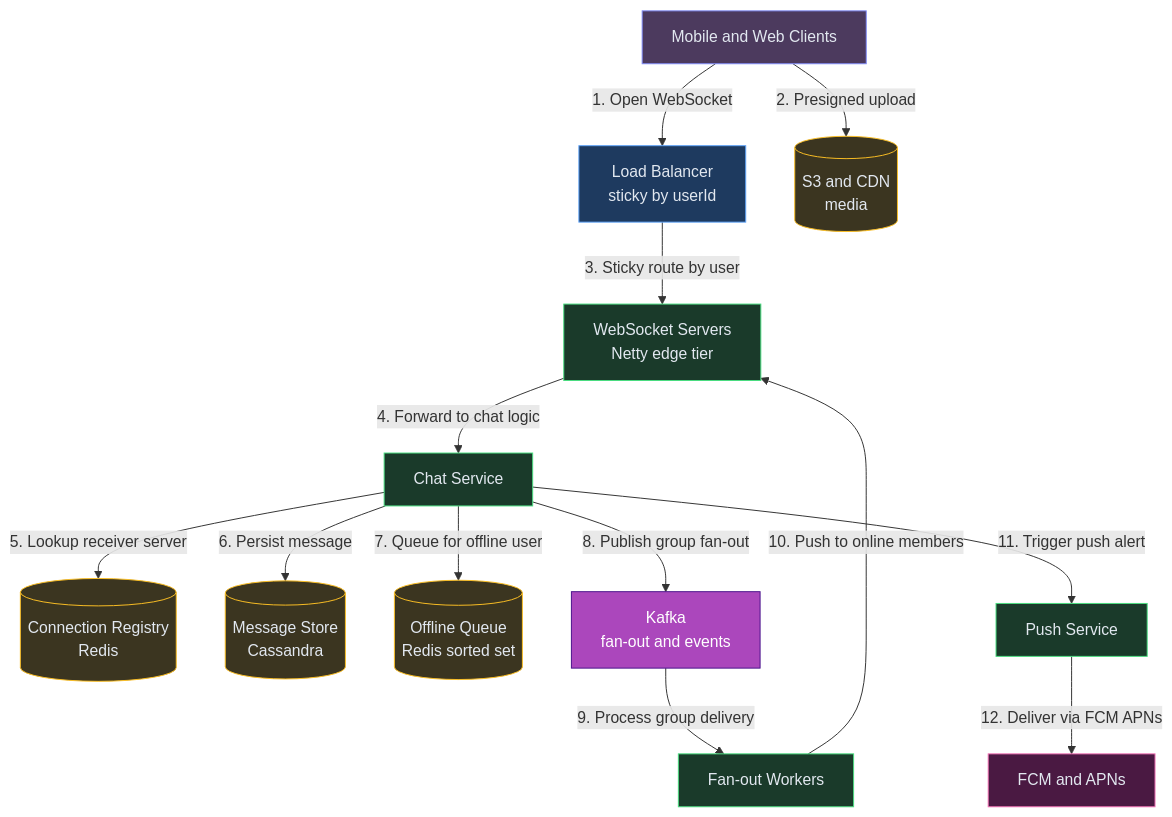
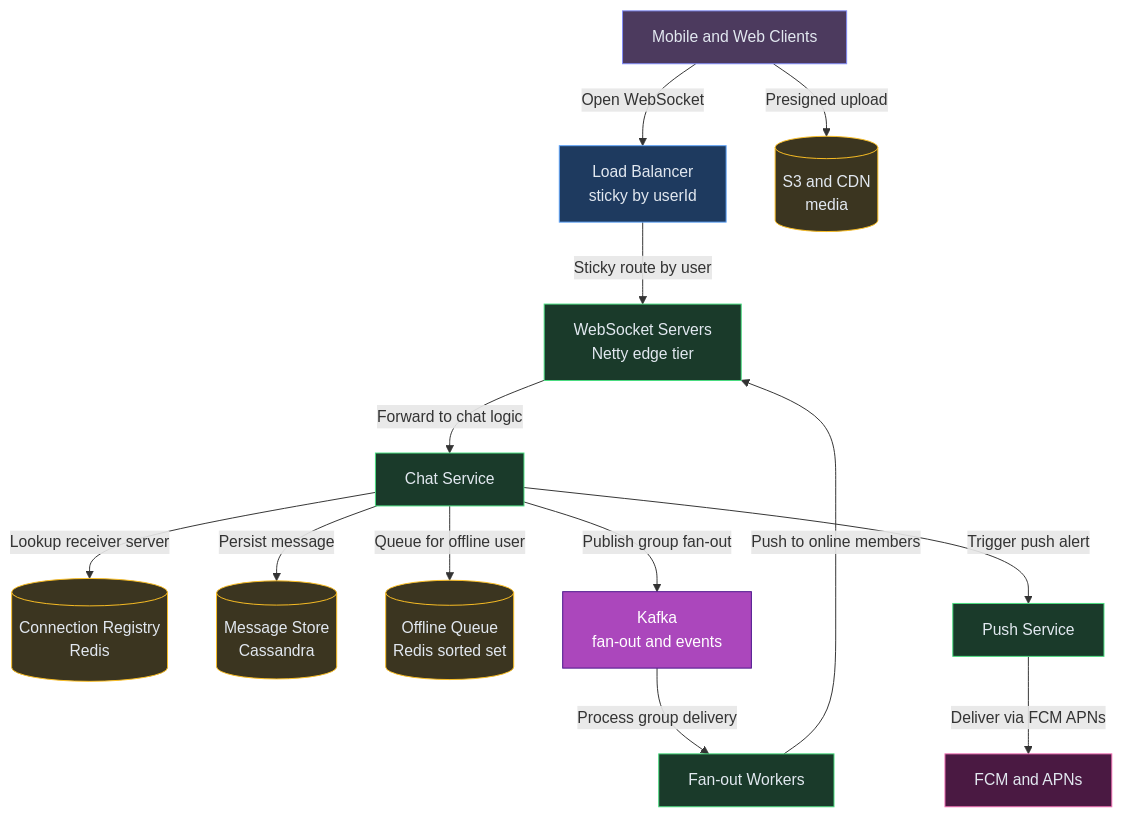
The sixth of 6 diagrams in content/hld/ChatSystem.md (iluzn/HLD-Designs), drawn with Mermaid before and after one commit. The commit also changed 26 other files, not shown here.

First line of the commit message:
fix(hld): Remove confusing number prefixes from final architecture diagrams

````diff
--- a/content/hld/ChatSystem.md
+++ b/content/hld/ChatSystem.md
@@ -498,35 +498,35 @@
 ```mermaid
 flowchart TD
     CLIENTS["Mobile and Web Clients"]:::client
     LB["Load Balancer<br/>sticky by userId"]:::edge
     WS["WebSocket Servers<br/>Netty edge tier"]:::service
     CHAT["Chat Service"]:::service
     REG[("Connection Registry<br/>Redis")]:::data
     STORE[("Message Store<br/>Cassandra")]:::data
     OFFLINE[("Offline Queue<br/>Redis sorted set")]:::data
     K["Kafka<br/>fan-out and events"]:::async
     FAN["Fan-out Workers"]:::service
     PUSH["Push Service"]:::service
     MEDIA[("S3 and CDN<br/>media")]:::data
     FCM["FCM and APNs"]:::external
 
-    CLIENTS -->|"1. Open WebSocket"| LB
-    CLIENTS -->|"2. Presigned upload"| MEDIA
-    LB -->|"3. Sticky route by user"| WS
-    WS -->|"4. Forward to chat logic"| CHAT
-    CHAT -->|"5. Lookup receiver server"| REG
-    CHAT -->|"6. Persist message"| STORE
-    CHAT -->|"7. Queue for offline user"| OFFLINE
-    CHAT -->|"8. Publish group fan-out"| K
-    K -->|"9. Process group delivery"| FAN
-    FAN -->|"10. Push to online members"| WS
-    CHAT -->|"11. Trigger push alert"| PUSH
-    PUSH -->|"12. Deliver via FCM APNs"| FCM
+    CLIENTS -->|"Open WebSocket"| LB
+    CLIENTS -->|"Presigned upload"| MEDIA
+    LB -->|"Sticky route by user"| WS
+    WS -->|"Forward to chat logic"| CHAT
+    CHAT -->|"Lookup receiver server"| REG
+    CHAT -->|"Persist message"| STORE
+    CHAT -->|"Queue for offline user"| OFFLINE
+    CHAT -->|"Publish group fan-out"| K
+    K -->|"Process group delivery"| FAN
+    FAN -->|"Push to online members"| WS
+    CHAT -->|"Trigger push alert"| PUSH
+    PUSH -->|"Deliver via FCM APNs"| FCM
 
     classDef client fill:#4c3a5e,stroke:#818cf8,color:#e2e8f0
     classDef edge fill:#1e3a5f,stroke:#60a5fa,color:#e2e8f0
     classDef service fill:#1a3a2a,stroke:#4ade80,color:#e2e8f0
     classDef async fill:#AB47BC,stroke:#4A148C,color:#fff
     classDef data fill:#3b3520,stroke:#fbbf24,color:#e2e8f0
     classDef external fill:#4a1942,stroke:#f472b6,color:#e2e8f0
 ```
````
